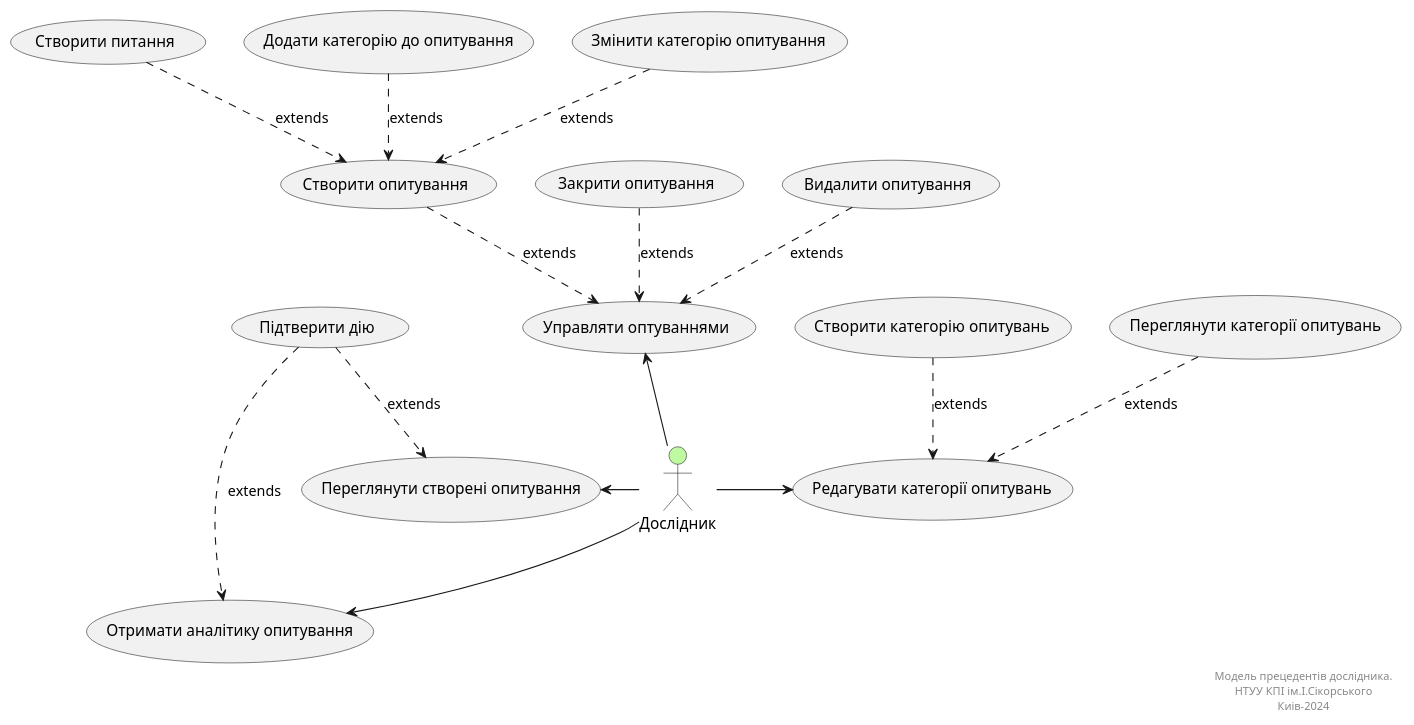
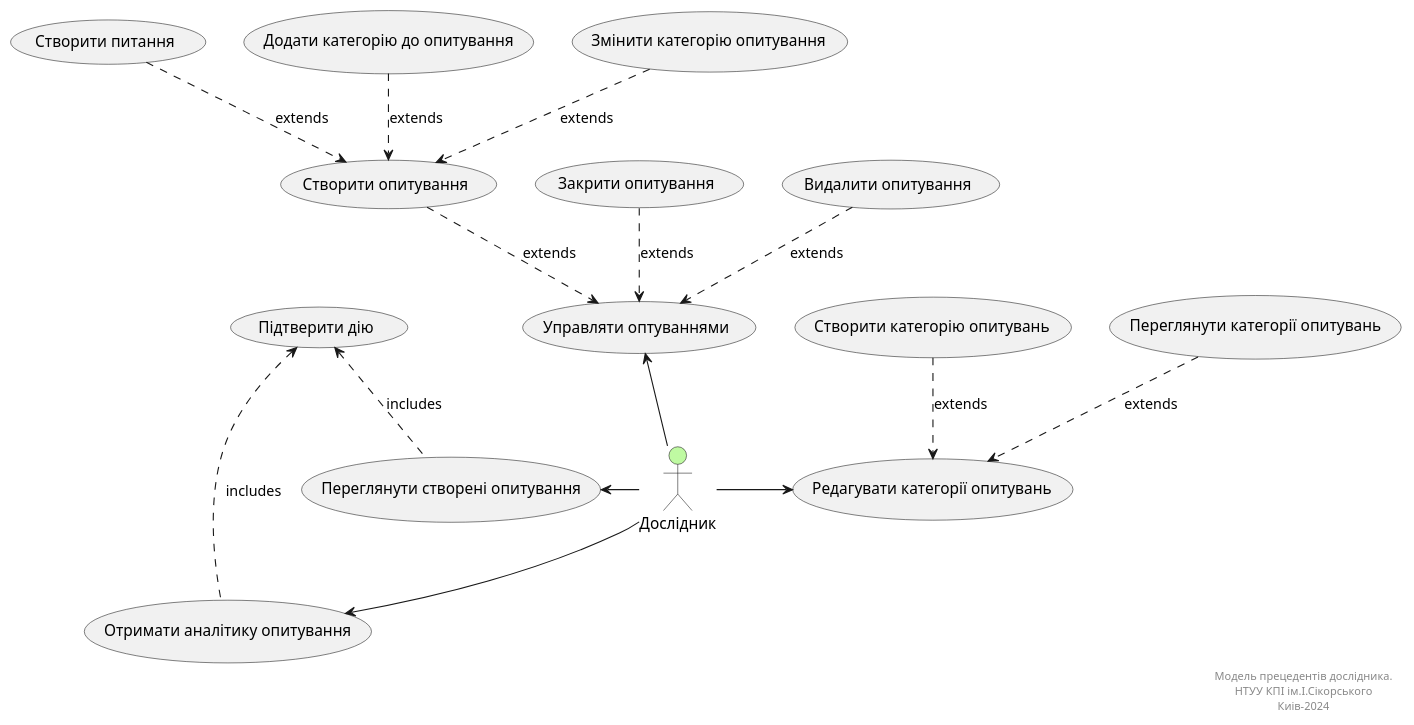
Before and after one commit to generalmaks/db_labs: the third of 16 diagrams in docs/use_cases.md, drawn with PlantUML.

Commit message:
Fix researcher

````diff
--- a/docs/use_cases.md
+++ b/docs/use_cases.md
@@ -142,50 +142,50 @@
 ```plantuml
 @startuml
     actor "Дослідник" as Researcher #bffaa2
     
     usecase "Управляти оптуваннями" as UC_1.1
     
     usecase "Створити опитування" as UC_1.1.1
     usecase "Закрити опитування" as UC_1.1.2
     usecase "Видалити опитування" as UC_1.1.3
     
     usecase "Отримати аналітику опитування" as UC_1.2
     usecase "Переглянути створені опитування" as UC_1.3
     usecase "Редагувати категорії опитувань" as UC_1.4
     
     usecase "Створити питання" as UC_1.1.1.1
     usecase "Додати категорію до опитування" as UC_1.1.1.2
     usecase "Змінити категорію опитування" as UC_1.1.1.3
     
     usecase "Підтверити дію" as UC_1.2.1
     
     usecase "Створити категорію опитувань" as UC_1.4.1
     usecase "Переглянути категорії опитувань" as UC_1.4.2
     
     Researcher -up-> UC_1.1
     Researcher -down-> UC_1.2
     Researcher -left-> UC_1.3
     Researcher -right-> UC_1.4
     
     UC_1.1.1 ..> UC_1.1 :extends
     UC_1.1.2 ..> UC_1.1 :extends
     UC_1.1.3 ..> UC_1.1 :extends
     
     UC_1.1.1.1 ..> UC_1.1.1 :extends
     UC_1.1.1.2 ..> UC_1.1.1 :extends
     UC_1.1.1.3 ..> UC_1.1.1 :extends
     
-    UC_1.2.1 ..> UC_1.2 :extends
-    UC_1.2.1 ..> UC_1.3 :extends
+    UC_1.2.1 <.. UC_1.2 :includes
+    UC_1.2.1 <.. UC_1.3 :includes
     
     UC_1.4.1 ..> UC_1.4 :extends
     UC_1.4.2 ..> UC_1.4 :extends
     
     right footer
         Модель прецедентів дослідника.
         НТУУ КПІ ім.І.Сікорського
         Киів-2024
     end footer
     
 @enduml
 ```
````
